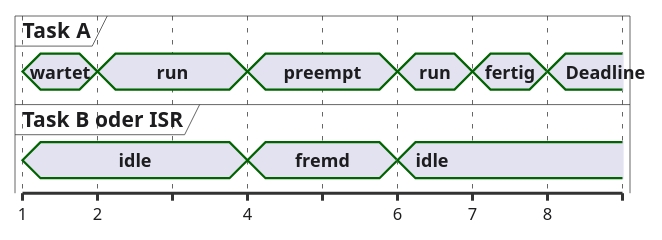
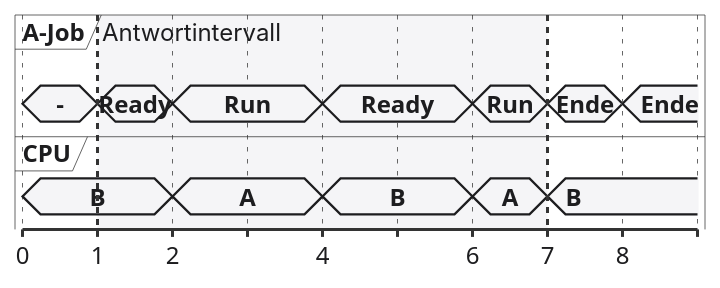
One commit to dantschi/echtzeitsysteme changed the first of 6 diagrams in vorlesungen/07_tracing-timing-analyse.qmd. Above: the diagram before and after it, drawn with PlantUML. The commit also changed other lines of this file and 5 other files, not shown here.

````diff
--- a/vorlesungen/07_tracing-timing-analyse.qmd
+++ b/vorlesungen/07_tracing-timing-analyse.qmd
@@ -561,31 +219,51 @@
 ```{.plantuml}
 @startuml
 skinparam backgroundColor transparent
 skinparam defaultFontName "Inter, sans-serif"
+skinparam defaultFontSize 16
 skinparam defaultFontColor #1D1D1F
 skinparam ArrowColor #86868B
+skinparam NoteBackgroundColor #F5F5F7
+skinparam NoteBorderColor #E5E5EA
 skinparam timing {
   BackgroundColor #FFFFFF
   BorderColor #E5E5EA
   LineColor #1D1D1F
   SignalColor #E2001A
 }
-concise "Task A" as A
-concise "Task B oder ISR" as B
+<style>
+timingDiagram {
+  FontName sans-serif
+  concise {
+    FontName sans-serif
+    LineColor #1D1D1F
+    BackGroundColor #F5F5F7
+    FontColor #1D1D1F
+  }
+}
+</style>
+concise "A-Job" as A
+concise "CPU" as C
+@0
+A is "–"
+C is "B"
 @1
-A is "wartet"
-B is "idle"
+A is "Ready"
 @2
-A is "run"
+A is "Run"
+C is "A"
 @4
-A is "preempt"
-B is "fremd"
+A is "Ready"
+C is "B"
 @6
-A is "run"
-B is "idle"
+A is "Run"
+C is "A"
 @7
-A is "fertig"
+A is "Ende"
+C is "B"
 @8
-A is "Deadline"
+A is "Ende"
+highlight 1 to 7 #F5F5F7 : Antwortintervall
+
 @enduml
 ```
````
